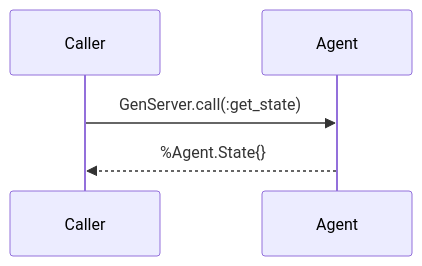
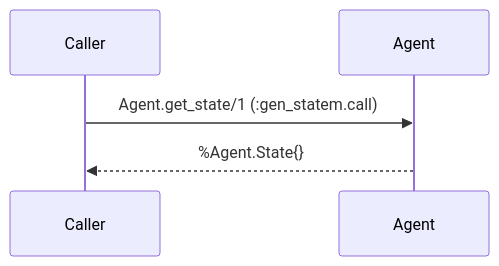
The third of 10 diagrams in docs/supervision.md (matteing/opal), drawn with Mermaid before and after one commit. The commit also changed other lines of this file and 18 other files, not shown here.

Commit message:
feat: rewrite agent loop using gen_fsm

````diff
--- a/docs/supervision.md
+++ b/docs/supervision.md
@@ -157,8 +157,8 @@
 ```mermaid
 sequenceDiagram
     participant Caller
     participant Agent
 
-    Caller->>Agent: GenServer.call(:get_state)
+    Caller->>Agent: Agent.get_state/1 (:gen_statem.call)
     Agent-->>Caller: %Agent.State{}
 ```
````
